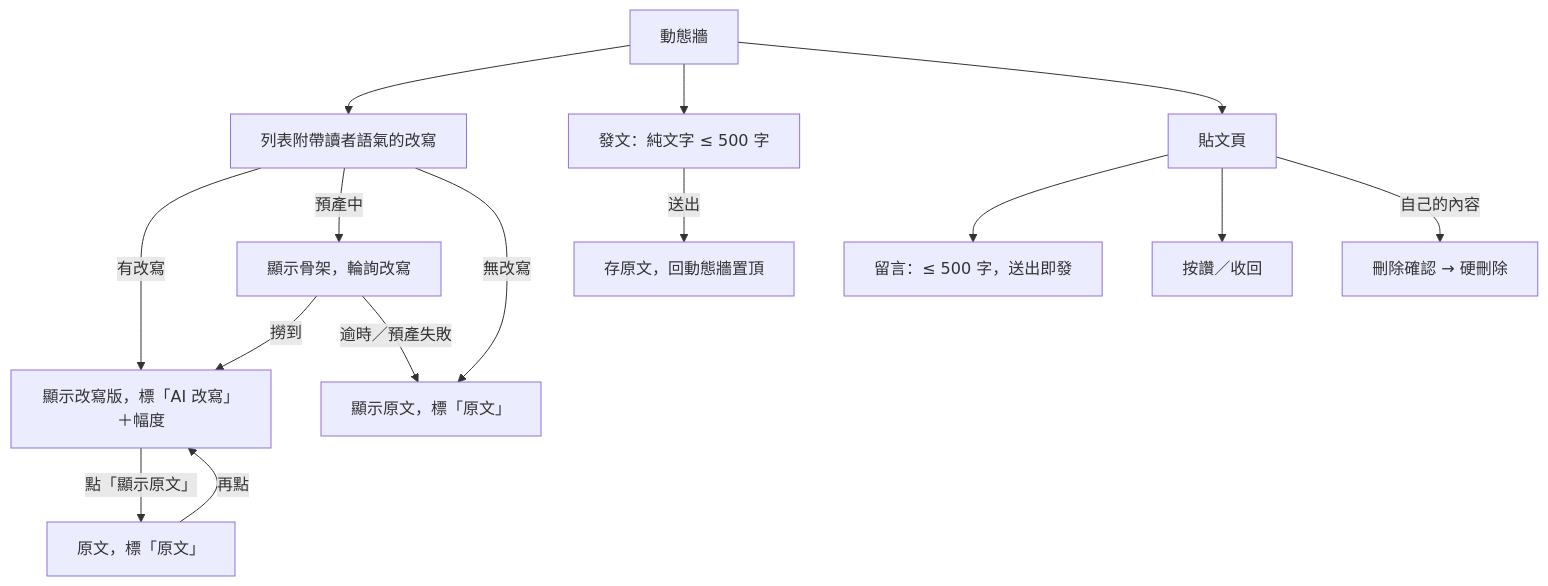
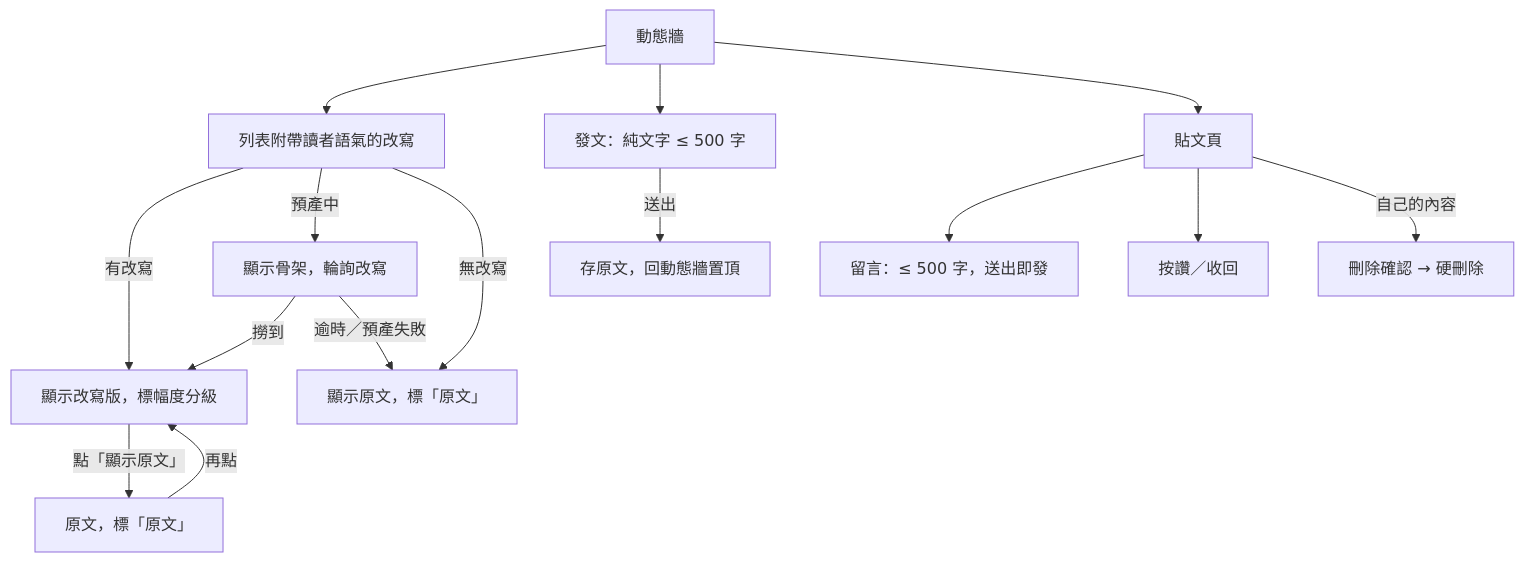
One commit to yeeway0609/ai-social changed the diagram in backlog/docs/ai-social/doc-003 - 社群內容-PRD.md. Above: the diagram before and after it, drawn with Mermaid. The commit also changed other lines of this file and 50 other files, not shown here.

````diff
--- a/backlog/docs/ai-social/doc-003 - 社群內容-PRD.md
+++ b/backlog/docs/ai-social/doc-003 - 社群內容-PRD.md
@@ -81,17 +81,17 @@
 ```mermaid
 flowchart TD
   A[動態牆] --> B[列表附帶讀者語氣的改寫]
-  B -- 有改寫 --> D[顯示改寫版，標「AI 改寫」＋幅度]
+  B -- 有改寫 --> D[顯示改寫版，標幅度分級]
   B -- 預產中 --> C[顯示骨架，輪詢改寫]
   C -- 撈到 --> D
   C -- 逾時／預產失敗 --> E[顯示原文，標「原文」]
   B -- 無改寫 --> E
   D -- 點「顯示原文」 --> F[原文，標「原文」]
   F -- 再點 --> D
   A --> G[發文：純文字 ≤ 500 字]
   G -- 送出 --> H[存原文，回動態牆置頂]
   A --> I[貼文頁]
   I --> J[留言：≤ 500 字，送出即發]
   I --> K[按讚／收回]
   I -- 自己的內容 --> L[刪除確認 → 硬刪除]
 ```
````
